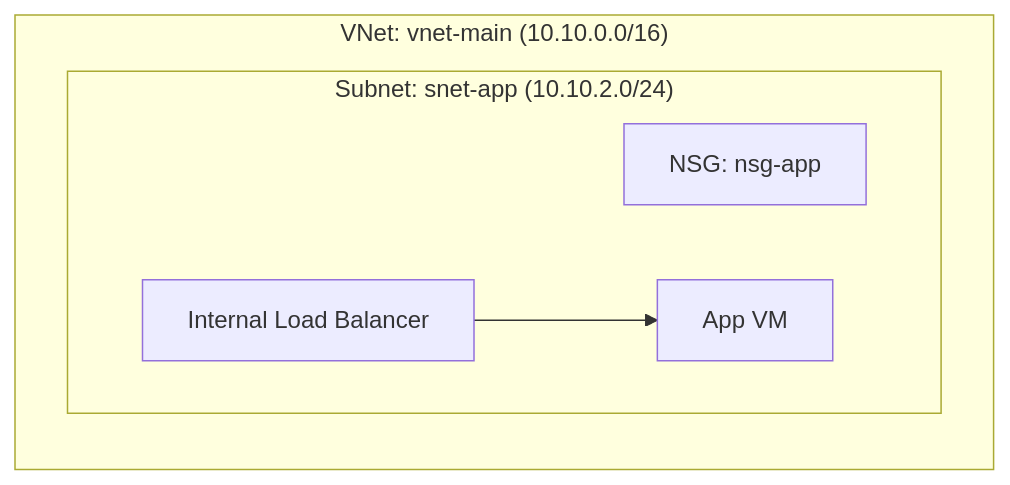
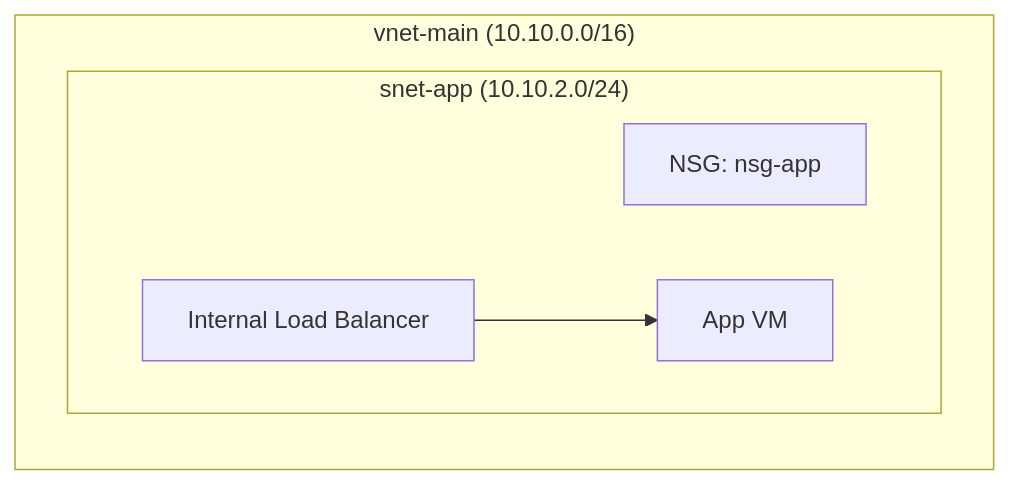
One commit to Ch3rry-Pi3-Azure/Azure-3-Tier-VNet changed the seventh of 8 diagrams in README.md. Above: the diagram before and after it, drawn with Mermaid. The commit also changed other lines of this file, not shown here.

Commit message:
Fix formatting in README.md for subnet diagrams

````diff
--- a/README.md
+++ b/README.md
@@ -133,11 +133,11 @@
 ```mermaid
 flowchart LR
-    subgraph VNet["VNet: vnet-main (10.10.0.0/16)"]
-        subgraph App["Subnet: snet-app (10.10.2.0/24)"]
+    subgraph VNet["vnet-main (10.10.0.0/16)"]
+        subgraph App["snet-app (10.10.2.0/24)"]
             AppNSG[NSG: nsg-app]
             ILB[Internal Load Balancer]
             AppVM[App VM]
         end
     end
     ILB --> AppVM
 ```
````
